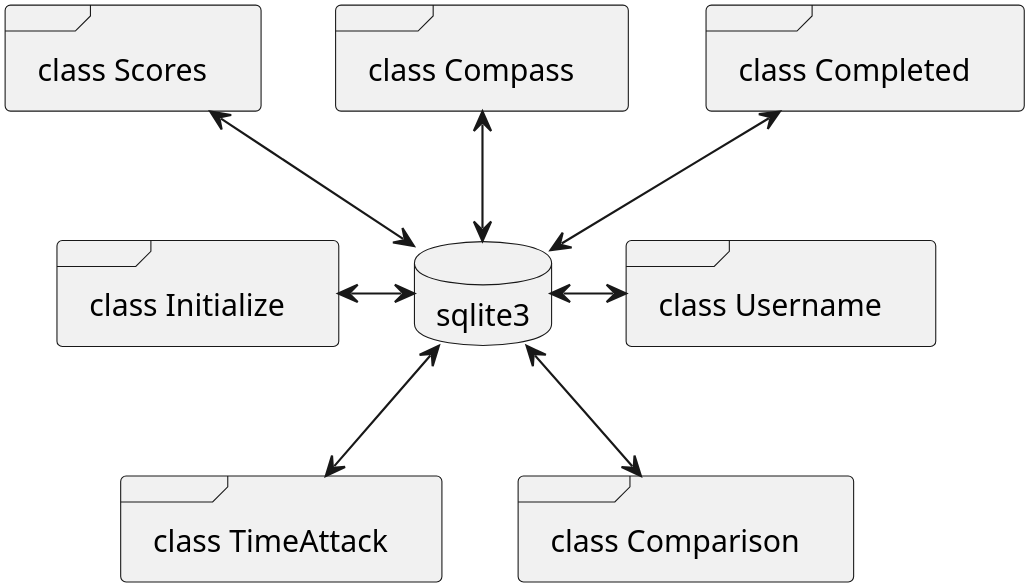
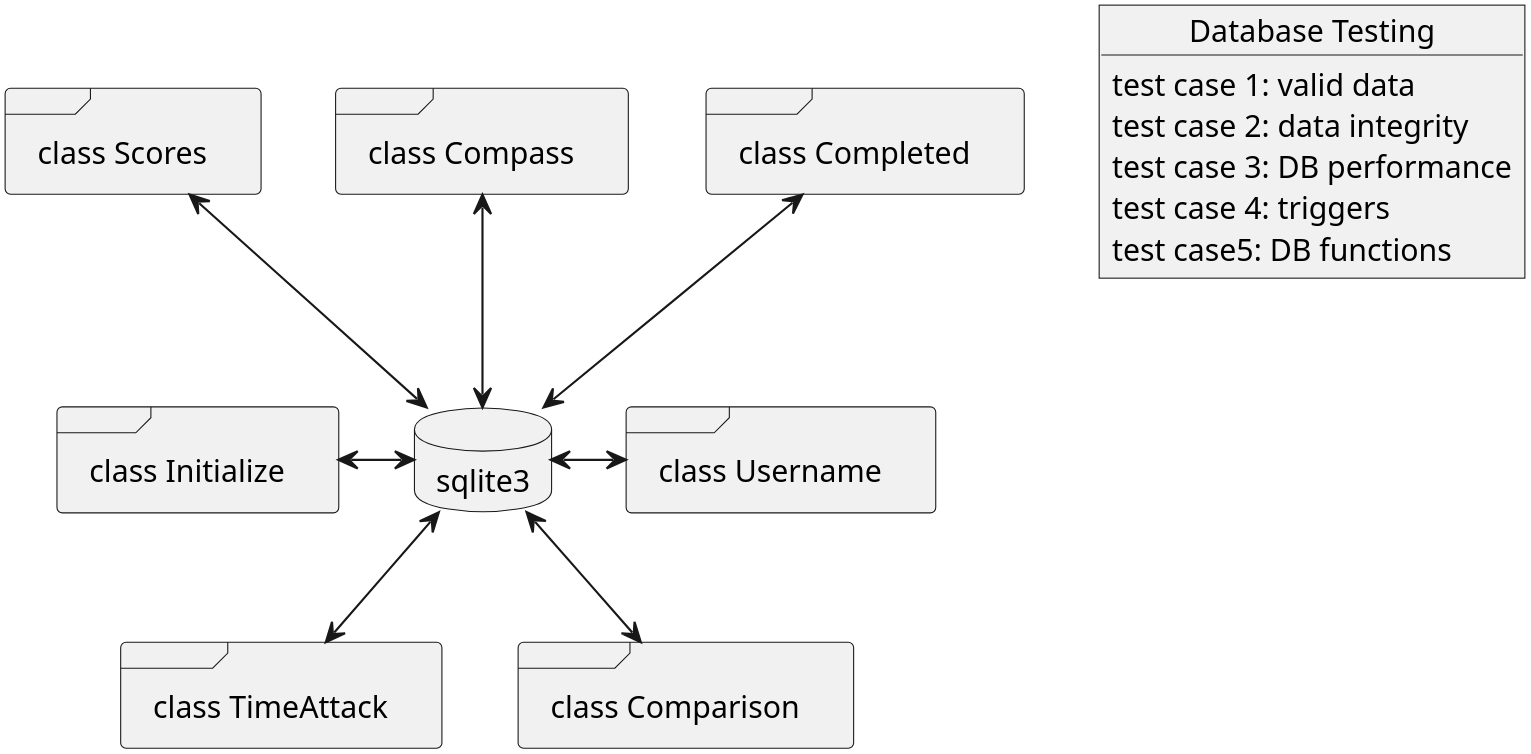
The fifth of 5 diagrams in rubiks_testing.org (djhunter67/Softeare-Engineering-Rubiks-Cube), drawn with PlantUML before and after one commit. The commit also changed other lines of this file and 12 other files, not shown here.

```diff
--- a/rubiks_testing.org
+++ b/rubiks_testing.org
@@ -345,35 +363,45 @@
 #+BEGIN_SRC plantuml :file data_testing.png
 
     scale 600
         allowmixing
 
     database "sqlite3" 
-  
+
    'package Models <<Database>>{
     '        class DataBase {
      '     -private username: string
       '  -private time_recoreded: float
       '==
     '+table_entry(username, time)
      '       } 
       '      }
 
-	 
+
     frame "class Initialize" as f1
     frame "class Username" as f2
     frame "class TimeAttack" as f5
     frame "class Comparison" as f6
     frame "class Completed" as f7
     frame "class Compass" as f9
     frame "class Scores" as f10
+
+  object "Database Testing" as DBT {
+       test case 1: valid data
+       test case 2: data integrity
+       test case 3: DB performance
+       test case 4: triggers
+       test case5: DB functions
+       }
 
         sqlite3 <-left-> f1
         sqlite3 <-right-> f2
         sqlite3 <--> f5
         sqlite3 <--> f6
         sqlite3 <-up-> f7
         sqlite3 <-up-> f9
         sqlite3 <-up-> f10
 
+      
+
 
 #+END_SRC
```
